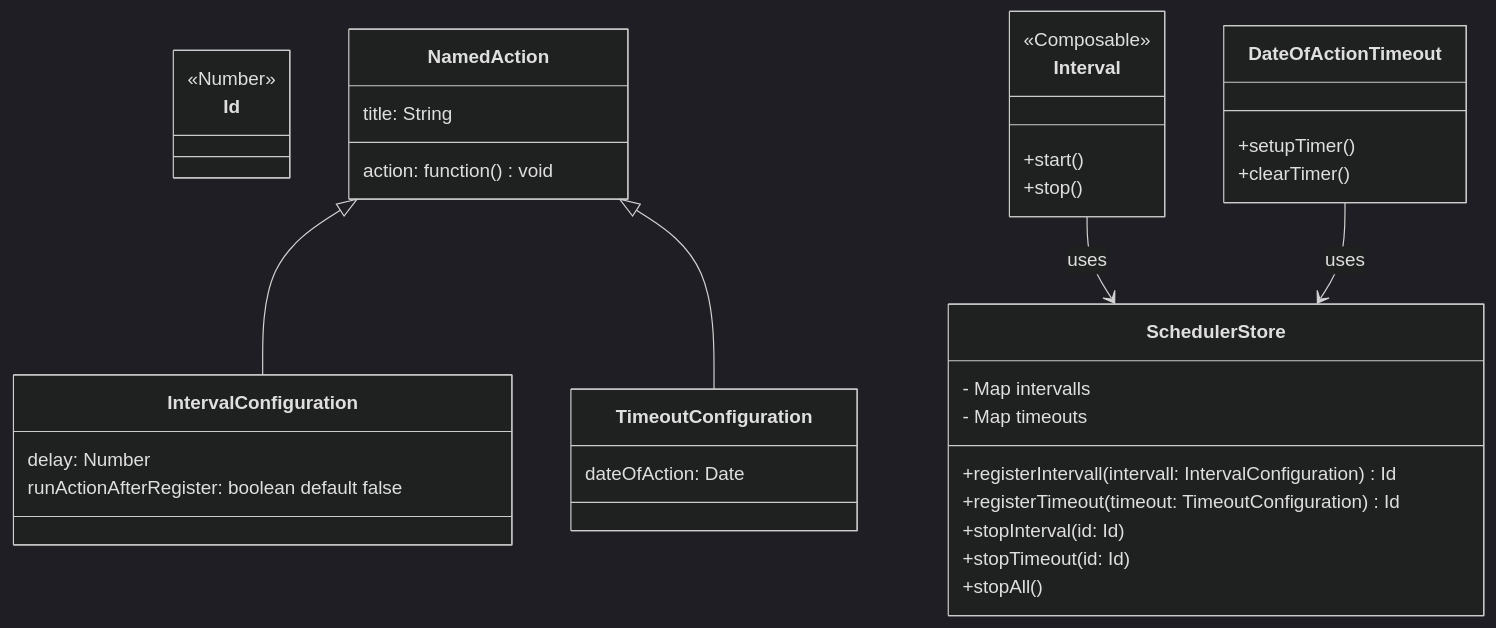
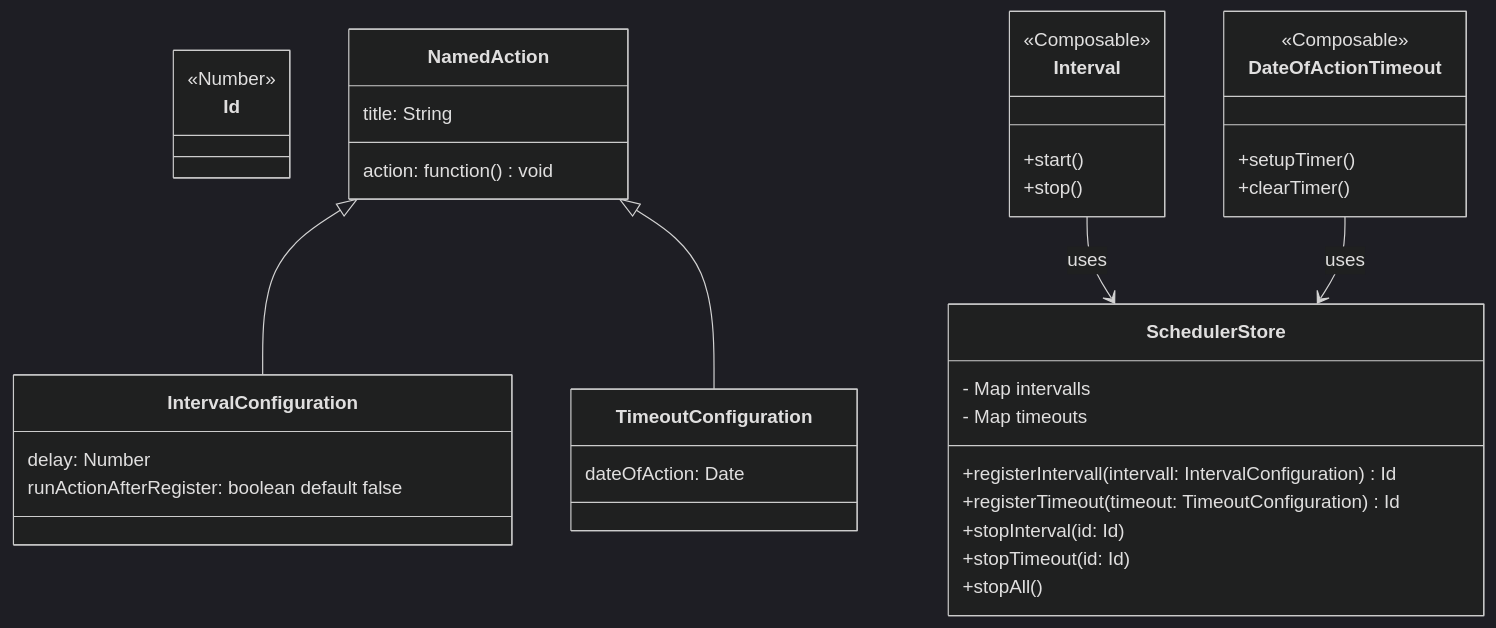
One commit to it-at-m/Wahllokalsystem changed the diagram in docs/src/technik/systemspecification/frontend/intervalle-und-timeouts.md. Above: the diagram before and after it, drawn with Mermaid (dark theme).

````diff
--- a/docs/src/technik/systemspecification/frontend/intervalle-und-timeouts.md
+++ b/docs/src/technik/systemspecification/frontend/intervalle-und-timeouts.md
@@ -29,49 +29,50 @@
 ```mermaid
 classDiagram
 
     class Id {
         <<Number>>
     }
 
     class NamedAction {
         title: String
         action: function() void
     }
 
     class IntervalConfiguration {
         delay: Number
         runActionAfterRegister: boolean default false
     }
 
     class TimeoutConfiguration {
         dateOfAction: Date
     }
 
     NamedAction <|-- IntervalConfiguration
     NamedAction <|-- TimeoutConfiguration
 
     class SchedulerStore {
       - Map<Id, IntervalConfiguration> intervalls
       - Map<Id, TimeoutConfiguration> timeouts
 
       +registerIntervall(intervall: IntervalConfiguration) Id
       +registerTimeout(timeout: TimeoutConfiguration) Id
       +stopInterval(id: Id)
       +stopTimeout(id: Id)
       +stopAll()
     }
 
     class Interval {
         <<Composable>>
         +start()
         +stop()
     }
 
     class DateOfActionTimeout {
+        <<Composable>>
         +setupTimer()
         +clearTimer()
     }
 
     Interval --> SchedulerStore : uses
     DateOfActionTimeout --> SchedulerStore : uses
 ```
````
